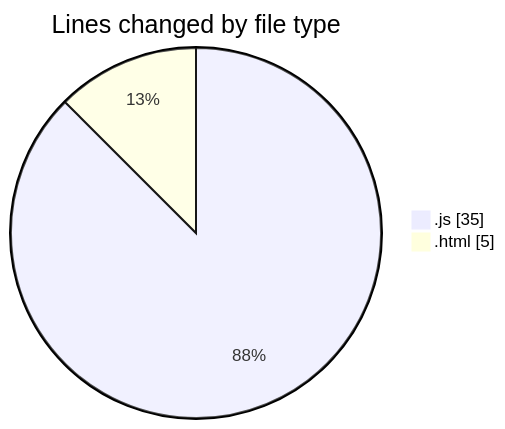
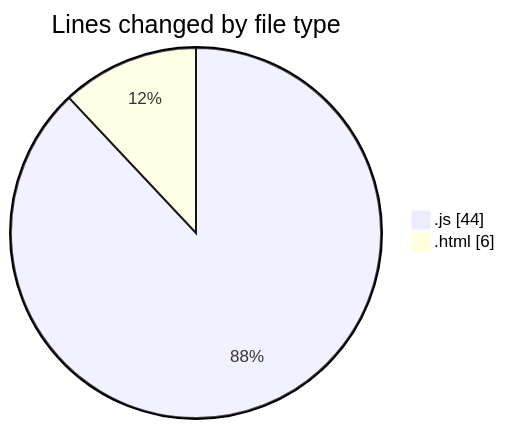
Before and after one commit to Ritupan-Deka/code-tracking: the first of 2 diagrams in 2025-01-25/projects/README.md, drawn with Mermaid. The commit also changed other lines of this file and 1 other file, not shown here.

````diff
--- a/2025-01-25/projects/README.md
+++ b/2025-01-25/projects/README.md
@@ -21,6 +21,6 @@
 ```mermaid
 pie showData
 title Lines changed by file type
-".js" : 35
-".html" : 5
+".js" : 44
+".html" : 6
 ```
````
